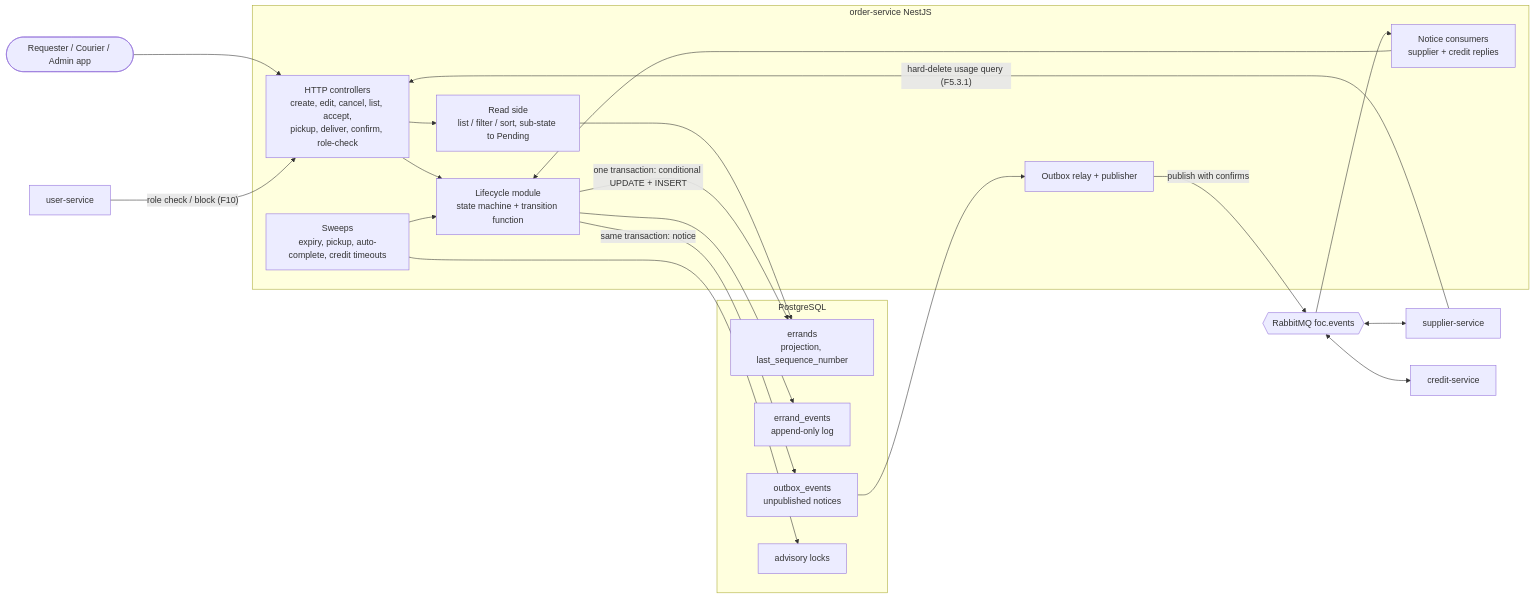
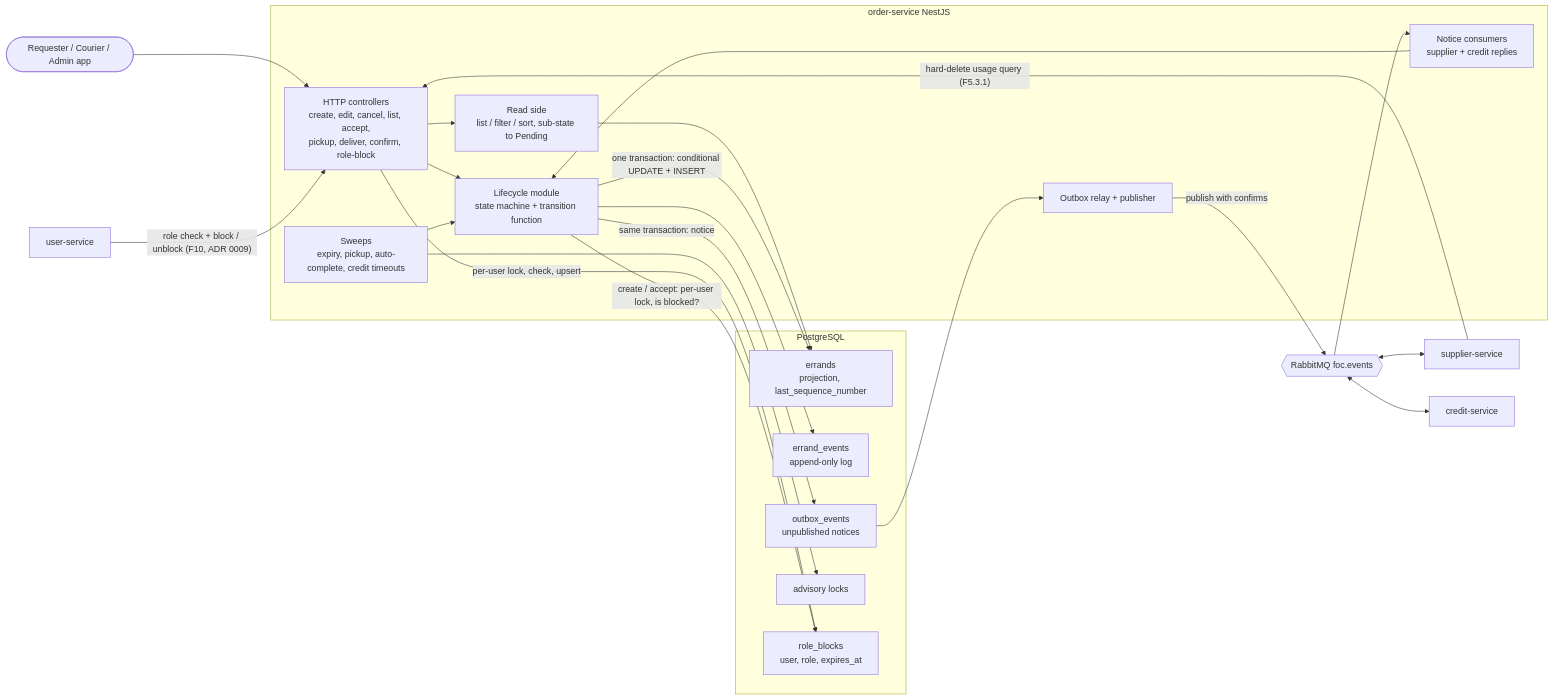
One commit to AY2627S1-CS3219-P27/FoC changed the first of 4 diagrams in order-service/ARCHITECTURE.md. Above: the diagram before and after it, drawn with Mermaid. The commit also changed other lines of this file and 2 other files, not shown here.

````diff
--- a/order-service/ARCHITECTURE.md
+++ b/order-service/ARCHITECTURE.md
@@ -7,43 +7,46 @@
 ```mermaid
 flowchart LR
   Client([Requester / Courier / Admin app])
   User[user-service]
   Supplier[supplier-service]
   Credit[credit-service]
 
   subgraph OS[order-service NestJS]
-    API[HTTP controllers<br/>create, edit, cancel, list, accept,<br/>pickup, deliver, confirm, role-check]
+    API[HTTP controllers<br/>create, edit, cancel, list, accept,<br/>pickup, deliver, confirm, role-block]
     Life[Lifecycle module<br/>state machine + transition function]
     Read[Read side<br/>list / filter / sort, sub-state to Pending]
     Consumers[Notice consumers<br/>supplier + credit replies]
     Outbox[Outbox relay + publisher]
     Sweeps[Sweeps<br/>expiry, pickup, auto-complete, credit timeouts]
   end
 
   subgraph PG[PostgreSQL]
     Errands[errands<br/>projection, last_sequence_number]
     Events[errand_events<br/>append-only log]
     OutboxT[outbox_events<br/>unpublished notices]
     Locks[advisory locks]
+    Blocks[role_blocks<br/>user, role, expires_at]
   end
 
   MQ{{RabbitMQ foc.events}}
 
   Client --> API
-  User -- "role check / block (F10)" --> API
+  User -- "role check + block / unblock (F10, ADR 0009)" --> API
   Supplier -- "hard-delete usage query (F5.3.1)" --> API
   API --> Life
   API --> Read
   Read --> Errands
+  API -->|"per-user lock, check, upsert"| Blocks
+  Life -->|"create / accept: per-user lock, is blocked?"| Blocks
   Life -->|"one transaction: conditional UPDATE + INSERT"| Errands
   Life --> Events
   Sweeps --> Locks
   Sweeps --> Life
   Life -->|"same transaction: notice"| OutboxT
   OutboxT --> Outbox
   Outbox -->|"publish with confirms"| MQ
   MQ --> Consumers
   Consumers --> Life
   MQ <--> Supplier
   MQ <--> Credit
 ```
````
